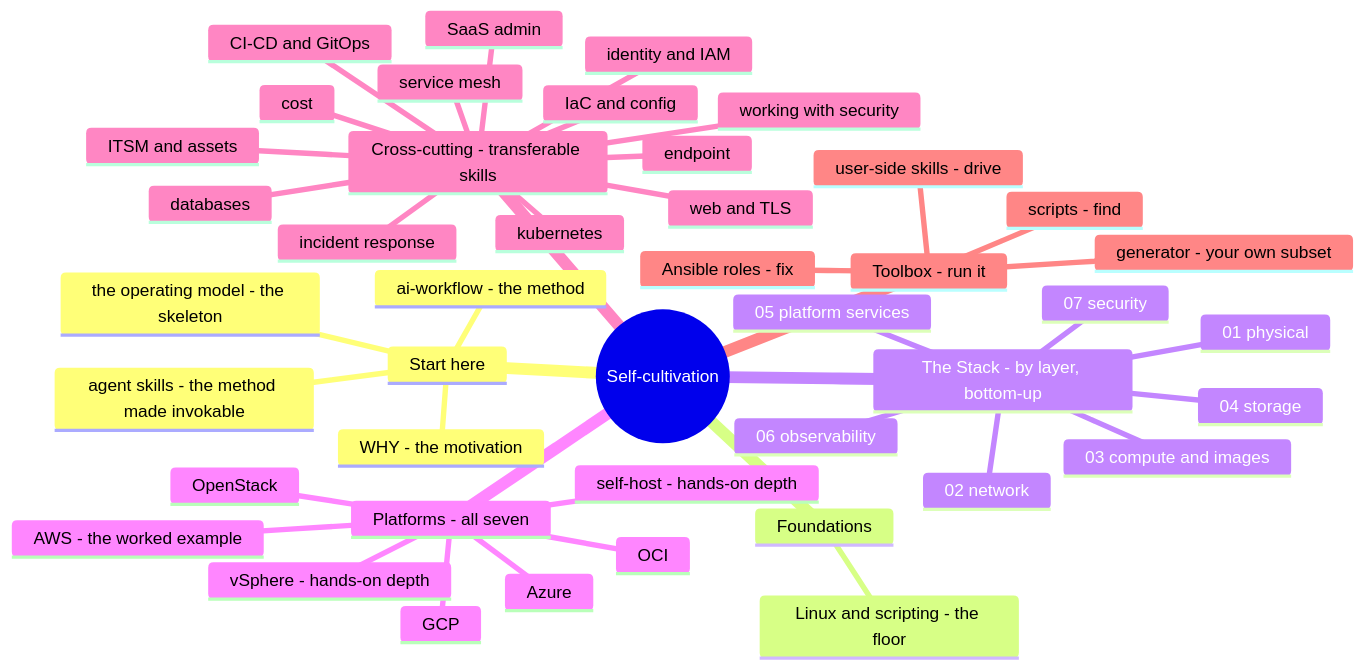
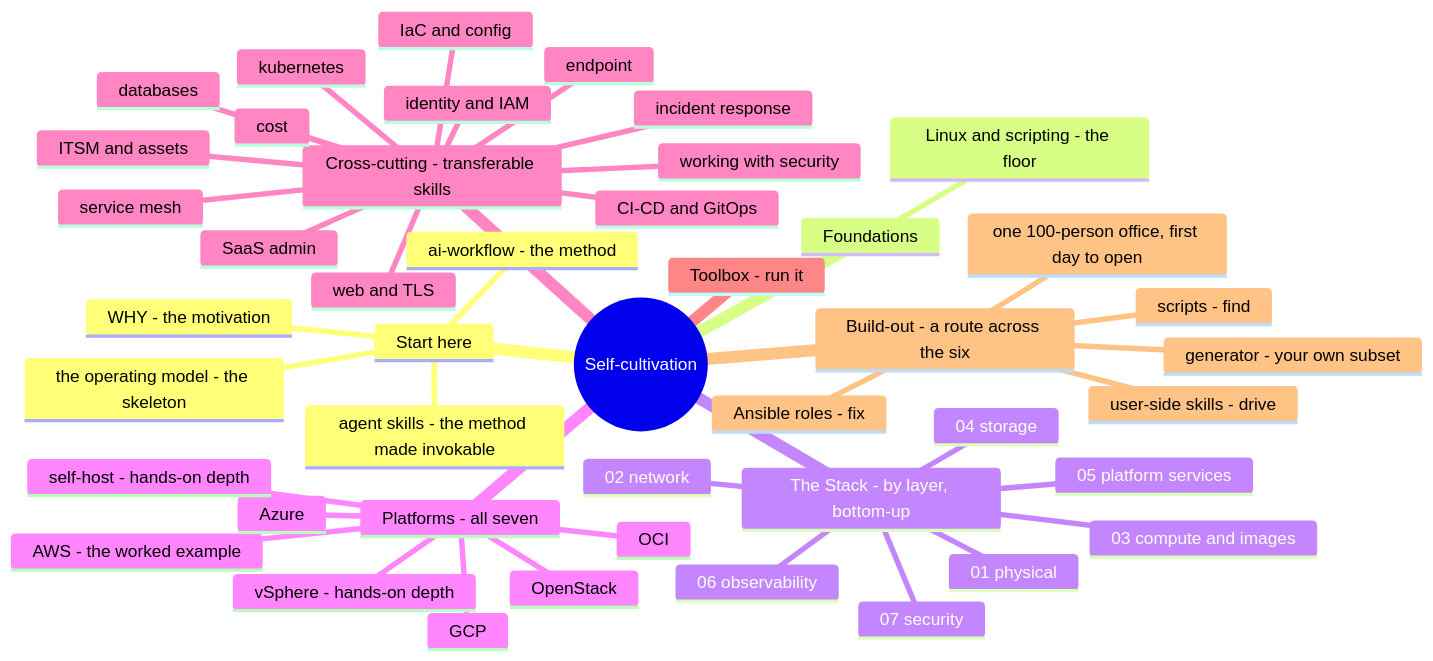
Before and after one commit to vicenteliu/sysadmin-self-cultivation: the second of 2 diagrams in README.md, drawn with Mermaid. The commit also changed other lines of this file and 7 other files, not shown here.

First line of the commit message:
build-out: a route across the six axes — one 100-person office, first day to open

````diff
--- a/README.md
+++ b/README.md
@@ -39,46 +42,48 @@
 ```mermaid
 mindmap
   root((Self-cultivation))
     Start here
       WHY - the motivation
       the operating model - the skeleton
       ai-workflow - the method
       agent skills - the method made invokable
     Foundations
       Linux and scripting - the floor
     The Stack - by layer, bottom-up
       01 physical
       02 network
       03 compute and images
       04 storage
       05 platform services
       06 observability
       07 security
     Platforms - all seven
       AWS - the worked example
       Azure
       GCP
       OCI
       vSphere - hands-on depth
       OpenStack
       self-host - hands-on depth
     Cross-cutting - transferable skills
       identity and IAM
       IaC and config
       CI-CD and GitOps
       databases
       ITSM and assets
       web and TLS
       service mesh
       incident response
       working with security
       SaaS admin
       kubernetes
       cost
       endpoint
     Toolbox - run it
+    Build-out - a route across the six
+      one 100-person office, first day to open
       scripts - find
       Ansible roles - fix
       user-side skills - drive
       generator - your own subset
 ```
````
